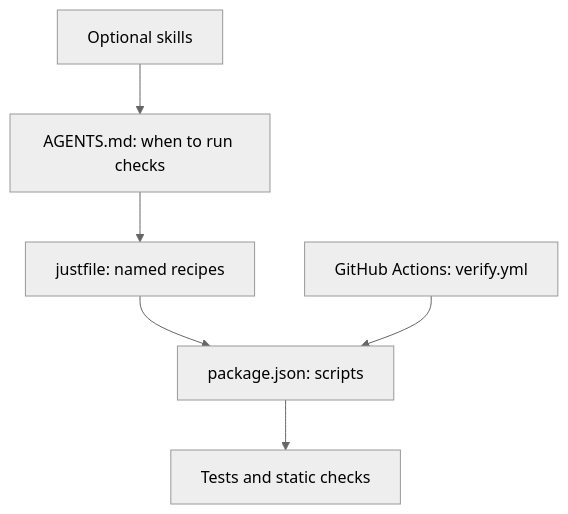
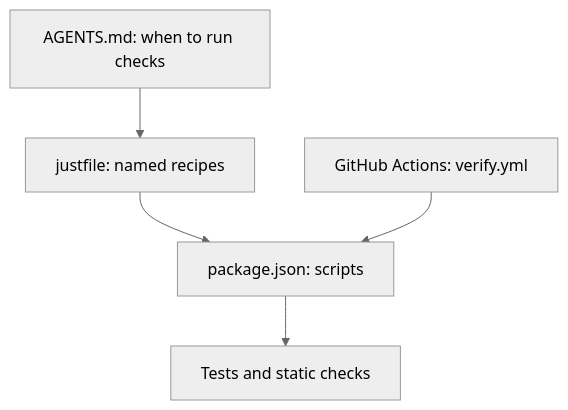
One commit to ho-henry-senior/ai-wiki changed the diagram in content/goals/alignment/agent-facing-repository-structure.md. Above: the diagram before and after it, drawn with Mermaid (neutral theme). The commit also changed other lines of this file and 2 other files, not shown here.

First line of the commit message:
Audit explanatory diagrams for correctness and legibility

````diff
--- a/content/goals/alignment/agent-facing-repository-structure.md
+++ b/content/goals/alignment/agent-facing-repository-structure.md
@@ -66,8 +66,7 @@
 ```mermaid
 flowchart TD
     A["AGENTS.md: when to run checks"] --> J["justfile: named recipes"]
     J --> P["package.json: scripts"]
     P --> T["Tests and static checks"]
     C["GitHub Actions: verify.yml"] --> P
-    S["Optional skills"] --> A
 ```
````
